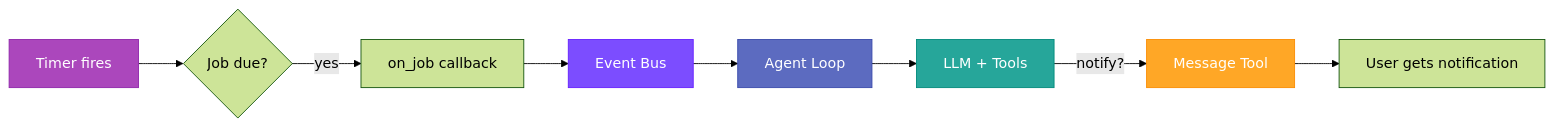
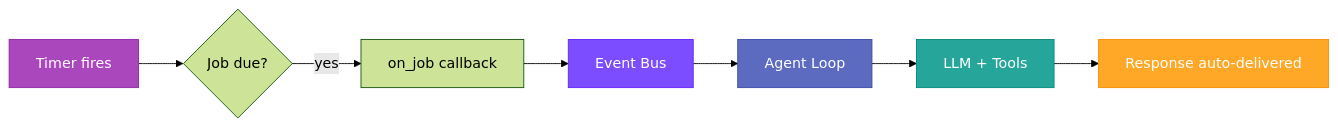
One commit to crystal-autobot/autobot changed the diagram in docs/cron.md. Above: the diagram before and after it, drawn with Mermaid (forest theme). The commit also changed other lines of this file and 7 other files, not shown here.

````diff
--- a/docs/cron.md
+++ b/docs/cron.md
@@ -54,16 +54,15 @@
 ```mermaid
 graph LR
     TIMER[Timer fires] --> CHECK{Job due?}
     CHECK -->|yes| CALLBACK[on_job callback]
     CALLBACK --> BUS[Event Bus]
     BUS --> LOOP[Agent Loop]
     LOOP --> LLM[LLM + Tools]
-    LLM -->|notify?| MSG[Message Tool]
-    MSG --> USER[User gets notification]
+    LLM --> USER[Response auto-delivered]
 
     style TIMER fill:#ab47bc,stroke:#8e24aa,color:#fff
     style BUS fill:#7c4dff,stroke:#651fff,color:#fff
     style LOOP fill:#5c6bc0,stroke:#3949ab,color:#fff
     style LLM fill:#26a69a,stroke:#00897b,color:#fff
-    style MSG fill:#ffa726,stroke:#fb8c00,color:#fff
+    style USER fill:#ffa726,stroke:#fb8c00,color:#fff
 ```
````
